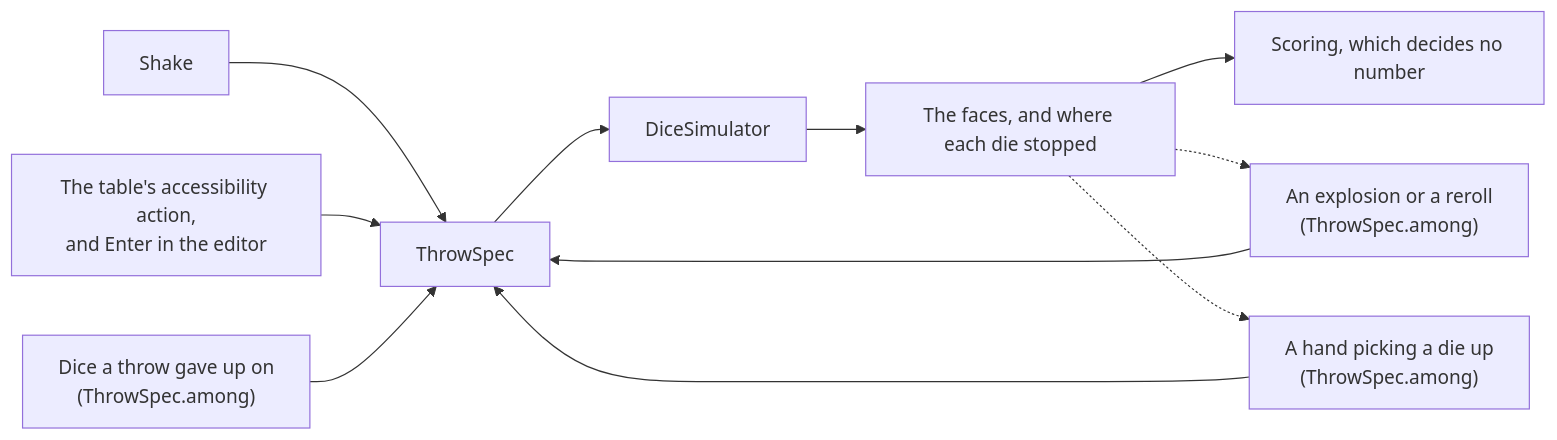
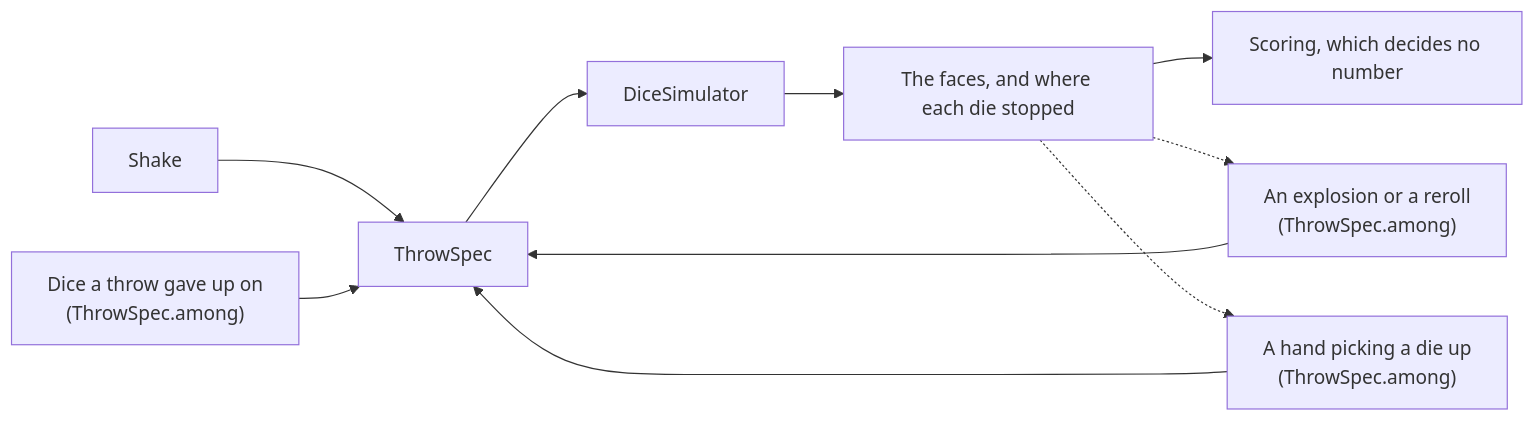
The diagram in docs/physics-and-rendering.md (drehtuer/dInfinityApp), drawn with Mermaid before and after one commit. The commit also changed other lines of this file and 35 other files, not shown here.

````diff
--- a/docs/physics-and-rendering.md
+++ b/docs/physics-and-rendering.md
@@ -329,13 +328,12 @@
 ```mermaid
 flowchart LR
   shake["Shake"] --> spec["ThrowSpec"]
-  action["The table's accessibility action,<br/>and Enter in the editor"] --> spec
   chain["An explosion or a reroll<br/>(ThrowSpec.among)"] --> spec
   stalled["Dice a throw gave up on<br/>(ThrowSpec.among)"] --> spec
   hand["A hand picking a die up<br/>(ThrowSpec.among)"] --> spec
   spec --> sim["DiceSimulator"]
   sim --> faces["The faces, and where each die stopped"]
   faces --> score["Scoring, which decides no number"]
   faces -.-> chain
   faces -.-> hand
 ```
````
